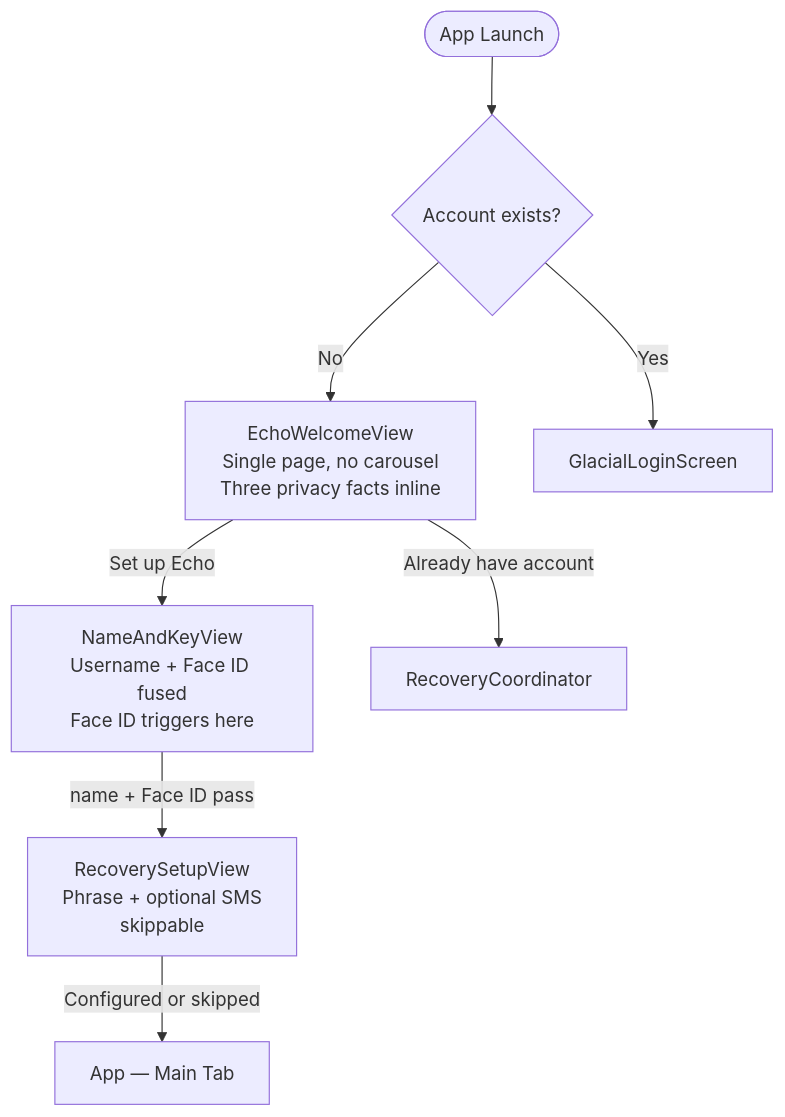
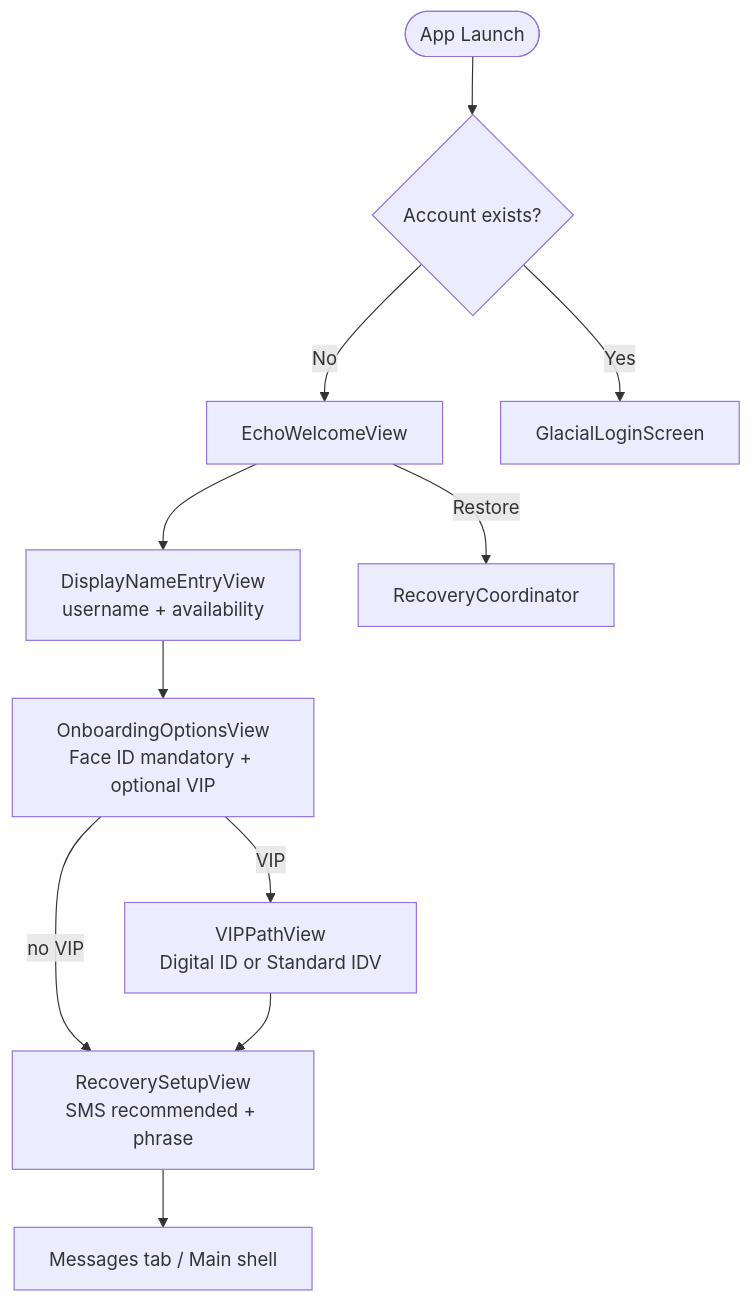
The first of 6 diagrams in docs/ux-spec.md (c1cromwell/echoapp), drawn with Mermaid before and after one commit. The commit also changed other lines of this file and 39 other files, not shown here.

````diff
--- a/docs/ux-spec.md
+++ b/docs/ux-spec.md
@@ -30,10 +37,13 @@
 ```mermaid
 flowchart TD
     A([App Launch]) --> B{Account exists?}
-    B -- No --> C[EchoWelcomeView\nSingle page, no carousel\nThree privacy facts inline]
+    B -- No --> C[EchoWelcomeView]
     B -- Yes --> L[GlacialLoginScreen]
-    C -- Set up Echo --> D[NameAndKeyView\nUsername + Face ID fused\nFace ID triggers here]
-    C -- Already have account --> R[RecoveryCoordinator]
-    D -- name + Face ID pass --> E[RecoverySetupView\nPhrase + optional SMS\nskippable]
-    E -- Configured or skipped --> G[App — Main Tab]
+    C --> D[DisplayNameEntryView\nusername + availability]
+    D --> E[OnboardingOptionsView\nFace ID mandatory + optional VIP]
+    E -- no VIP --> F[RecoverySetupView\nSMS recommended + phrase]
+    E -- VIP --> V[VIPPathView\nDigital ID or Standard IDV]
+    V --> F
+    F --> G[Messages tab / Main shell]
+    C -- Restore --> R[RecoveryCoordinator]
 ```
````
